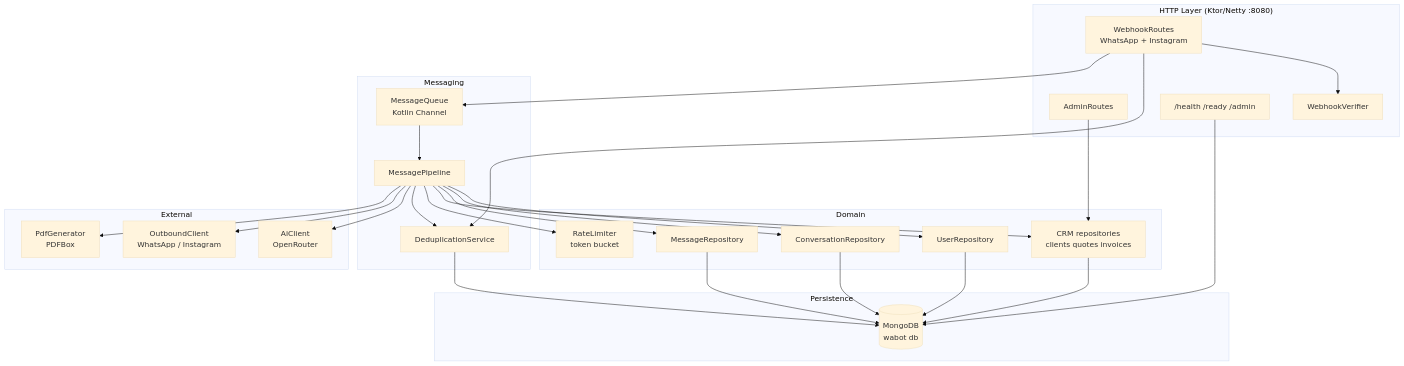
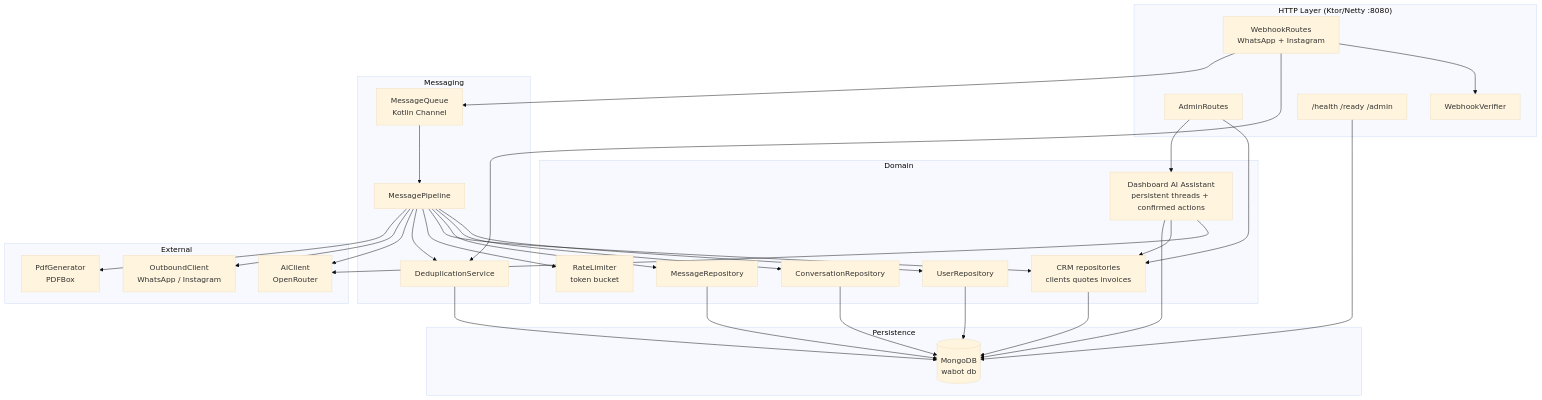
The second of 2 diagrams in docs/architecture.md (rfm-9300/rfm-edubot), drawn with Mermaid (base theme) before and after one commit. The commit also changed other lines of this file and 69 other files, not shown here.

````diff
--- a/docs/architecture.md
+++ b/docs/architecture.md
@@ -53,45 +53,48 @@
 ```mermaid
 graph TD
     subgraph HTTP["HTTP Layer (Ktor/Netty :8080)"]
         WR[WebhookRoutes<br/>WhatsApp + Instagram]
         AR[AdminRoutes]
         WV[WebhookVerifier]
         Health["/health  /ready  /admin"]
     end
 
     subgraph Messaging
         MQ[MessageQueue<br/>Kotlin Channel]
         MP[MessagePipeline]
         DS[DeduplicationService]
     end
 
     subgraph Domain
         UR[UserRepository]
         CR[ConversationRepository]
         MR[MessageRepository]
         CRM[CRM repositories<br/>clients quotes invoices]
         RL[RateLimiter<br/>token bucket]
+        DA[Dashboard AI Assistant<br/>persistent threads + confirmed actions]
     end
 
     subgraph External
         AI[AiClient<br/>OpenRouter]
         OC[OutboundClient<br/>WhatsApp / Instagram]
         PDF[PdfGenerator<br/>PDFBox]
     end
 
     subgraph Persistence
         Mongo[(MongoDB<br/>wabot db)]
     end
 
     WR --> WV
     WR --> DS
     WR --> MQ
     MQ --> MP
     MP --> UR & CR & MR & CRM & RL & DS
     MP --> AI
     MP --> OC
     MP --> PDF
     AR --> CRM
+    AR --> DA
+    DA --> AI & CRM & Mongo
     UR & CR & MR & CRM & DS --> Mongo
     Health --> Mongo
 ```
````
